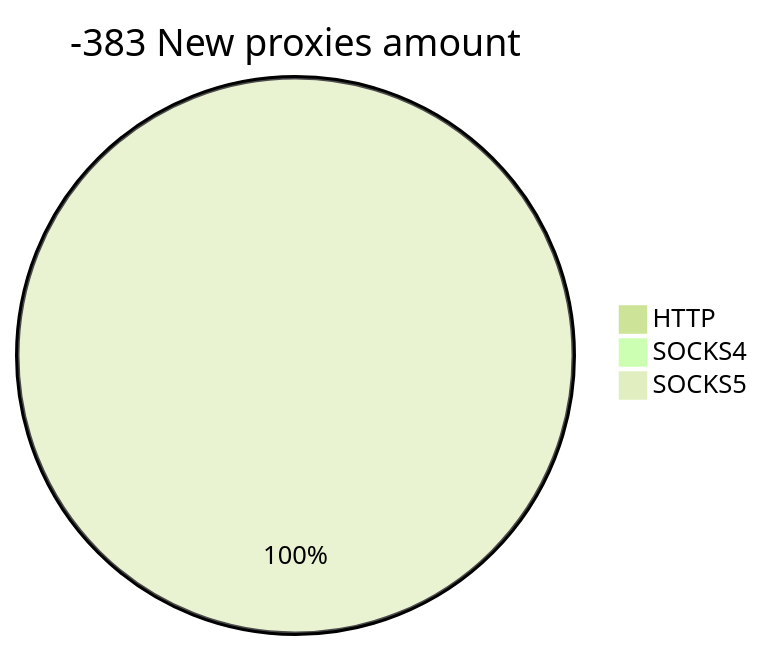
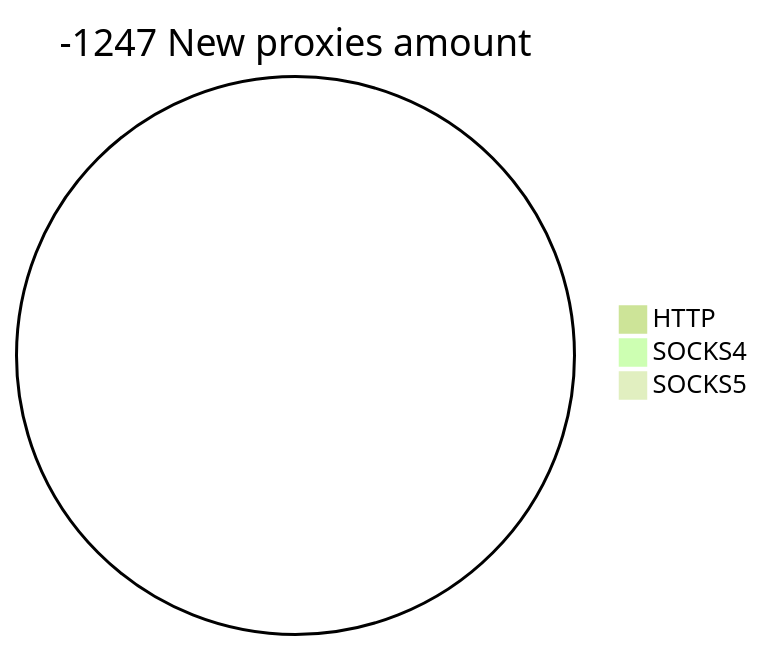
One commit to cutipu/proxylist changed the second of 2 diagrams in README.md. Above: the diagram before and after it, drawn with Mermaid (forest theme). The commit also changed other lines of this file, not shown here.

````diff
--- a/README.md
+++ b/README.md
@@ -10,6 +10,6 @@
 ```mermaid
-pie title -383 New proxies amount
+pie title -1247 New proxies amount
     "HTTP" : 0
     "SOCKS4" : 0
-    "SOCKS5" : 6
+    "SOCKS5" : 0
 ```
````
